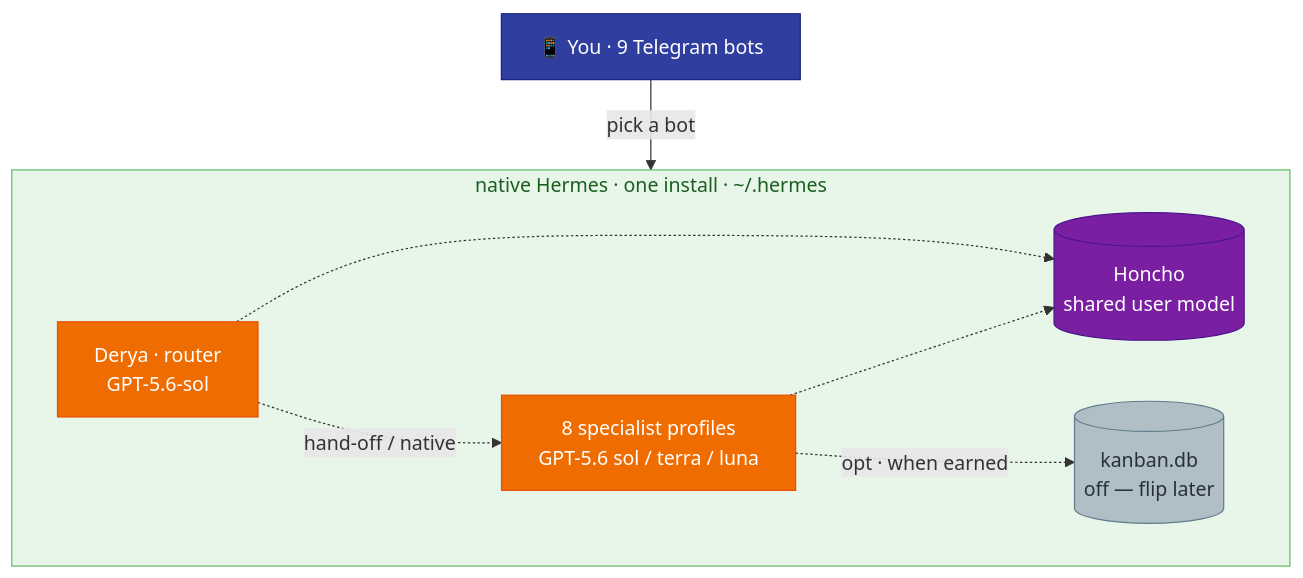
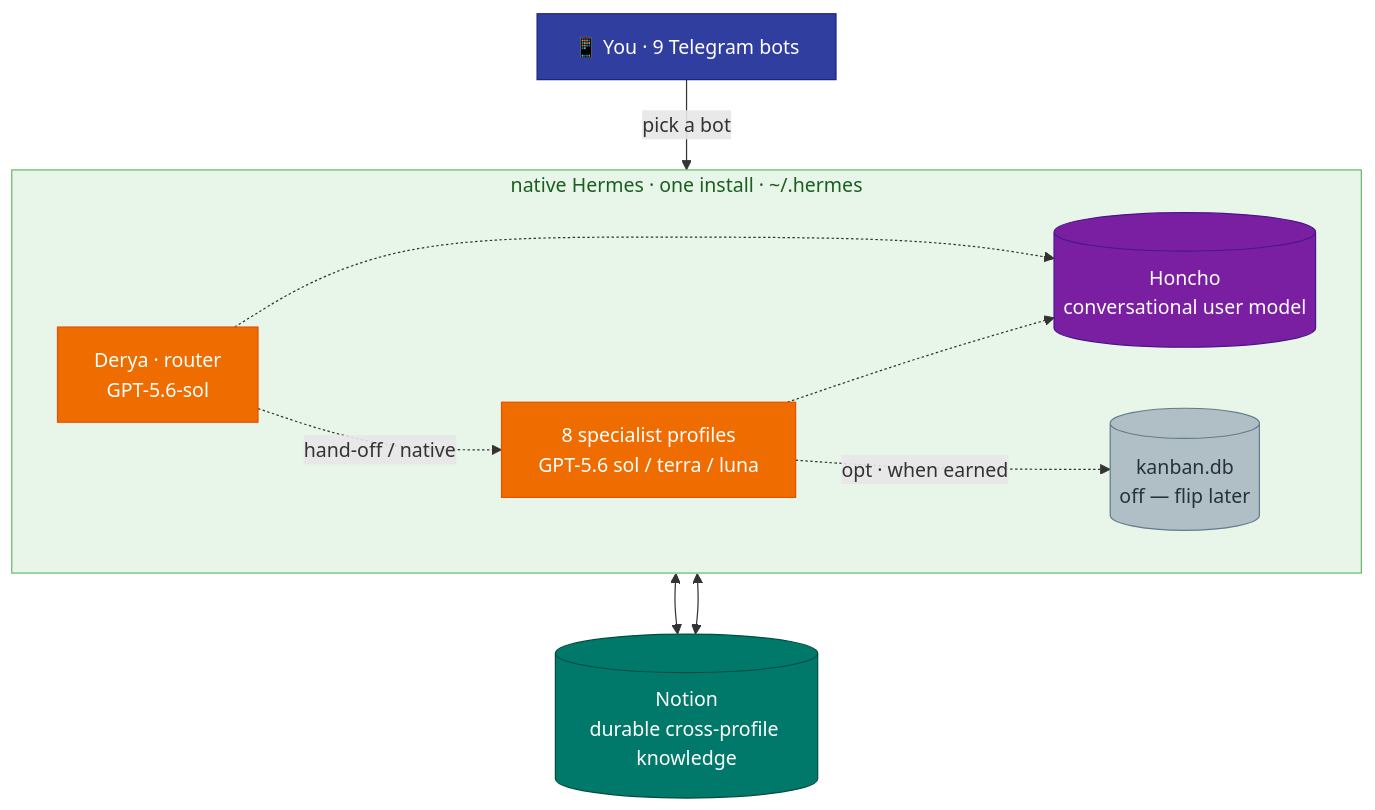
Before and after one commit to mpolatcan/hermes-setup: the diagram in docs/12-agent-comms.md, drawn with Mermaid. The commit also changed other lines of this file and 12 other files, not shown here.

````diff
--- a/docs/12-agent-comms.md
+++ b/docs/12-agent-comms.md
@@ -7,21 +7,25 @@
 ```mermaid
 flowchart TB
     you["📱 You · 9 Telegram bots"]:::user
     subgraph install["native Hermes · one install · ~/.hermes"]
         direction LR
         derya["Derya · router<br/>GPT-5.6-sol"]:::codex
         others["8 specialist profiles<br/>GPT-5.6 sol / terra / luna"]:::codex
-        honcho[("Honcho<br/>shared user model")]:::infra
+        honcho[("Honcho<br/>conversational user model")]:::infra
         board[("kanban.db<br/>off — flip later")]:::off
     end
+    notion[("Notion<br/>durable cross-profile knowledge")]:::knowledge
     you -->|pick a bot| install
     derya -.->|hand-off / native| others
     others -.-> honcho
     derya -.-> honcho
+    derya <--> notion
+    others <--> notion
     others -. "opt · when earned" .-> board
     classDef user fill:#303F9F,stroke:#1A237E,color:#fff
     classDef codex fill:#EF6C00,stroke:#E65100,color:#fff
     classDef infra fill:#7B1FA2,stroke:#4A148C,color:#fff
+    classDef knowledge fill:#00796B,stroke:#004D40,color:#fff
     classDef off fill:#B0BEC5,stroke:#607D8B,color:#263238
     style install fill:#E8F5E9,stroke:#66BB6A,color:#1B5E20
 ```
````
